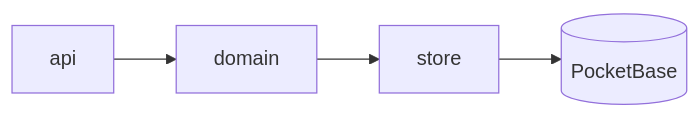
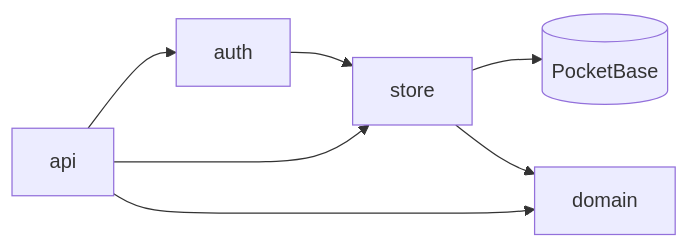
The third of 7 diagrams in docs/architecture.md (EatWell-Studio/OSFM), drawn with Mermaid before and after one commit. The commit also changed other lines of this file and 82 other files, not shown here.

````diff
--- a/docs/architecture.md
+++ b/docs/architecture.md
@@ -82,4 +85,7 @@
 ```mermaid
 flowchart LR
-    api["api"] --> domain["domain"] --> store["store"] --> pb[("PocketBase")]
+    api["api"] --> store["store"] --> pb[("PocketBase")]
+    api --> domain["domain"]
+    store --> domain
+    api --> auth["auth"] --> store
 ```
````
